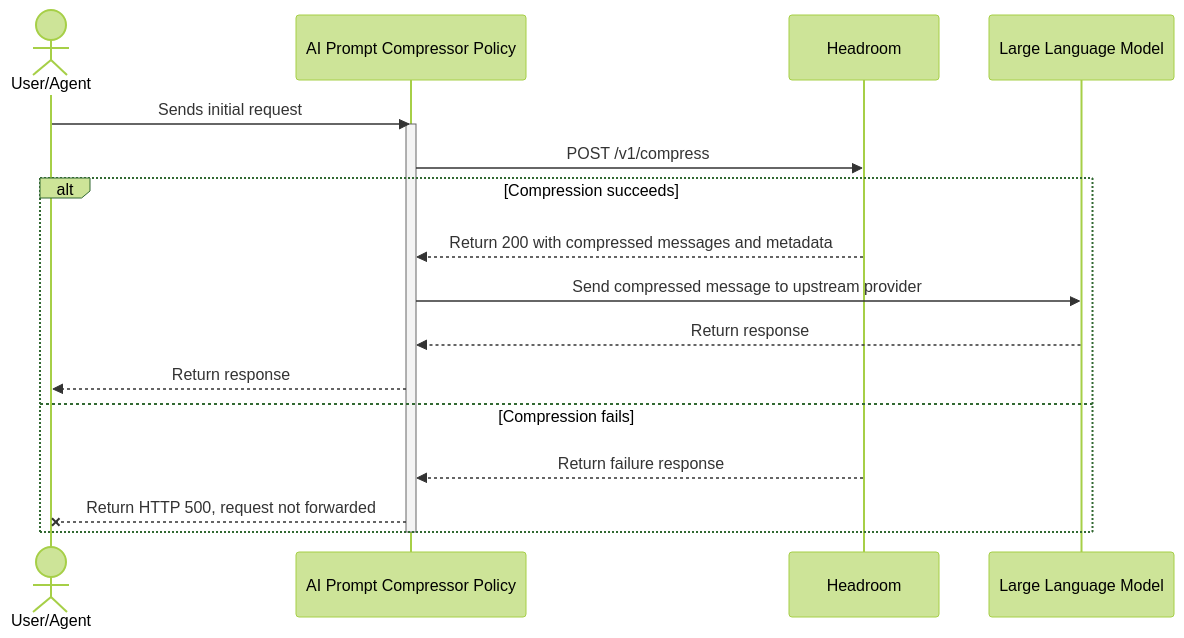
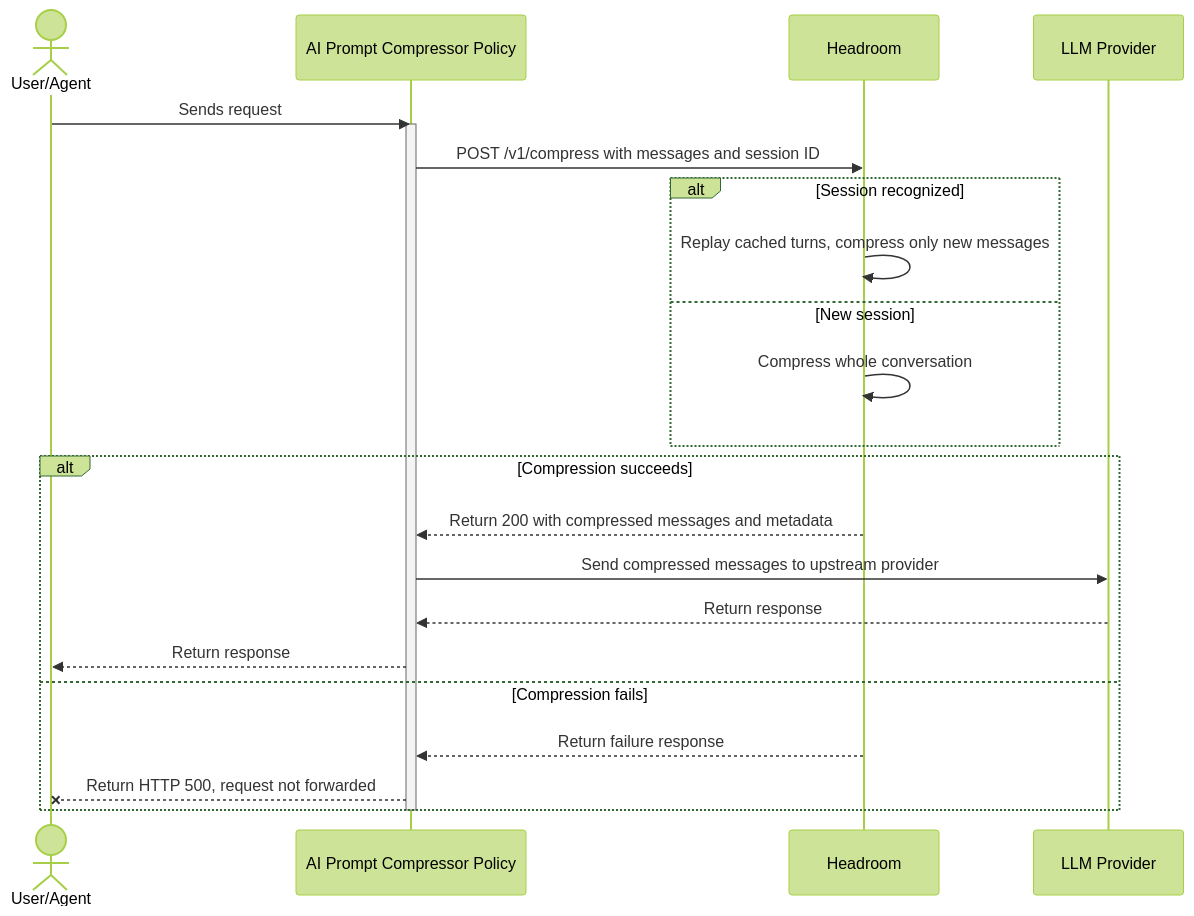
One commit to Kong/developer.konghq.com changed the second of 2 diagrams in app/_ai_gateway_policies/ai-prompt-compressor/index.md. Above: the diagram before and after it, drawn with Mermaid (forest theme). The commit also changed other lines of this file, not shown here.

Commit message:
sessions in prompt flow

```diff
--- a/app/_ai_gateway_policies/ai-prompt-compressor/index.md
+++ b/app/_ai_gateway_policies/ai-prompt-compressor/index.md
@@ -259,22 +264,28 @@
 {% mermaid %}
 sequenceDiagram
     actor User as User/Agent
     participant KongAICompressor as AI Prompt Compressor Policy
     participant Headroom
-    participant LLM as Large Language Model
+    participant LLM as LLM Provider
 
-    User->>KongAICompressor: Sends initial request
+    User->>KongAICompressor: Sends request
     activate KongAICompressor
-    KongAICompressor->>Headroom: POST /v1/compress
+    KongAICompressor->>Headroom: POST /v1/compress with messages and session ID
+
+    alt Session recognized
+        Headroom->>Headroom: Replay cached turns, compress only new messages
+    else New session
+        Headroom->>Headroom: Compress whole conversation
+    end
 
     alt Compression succeeds
         Headroom-->>KongAICompressor: Return 200 with compressed messages and metadata
-        KongAICompressor->>LLM: Send compressed message to upstream provider
+        KongAICompressor->>LLM: Send compressed messages to upstream provider
         LLM-->>KongAICompressor: Return response
         KongAICompressor-->>User: Return response
     else Compression fails
         Headroom-->>KongAICompressor: Return failure response
         KongAICompressor--xUser: Return HTTP 500, request not forwarded
     end
     deactivate KongAICompressor
 {% endmermaid %}
```
